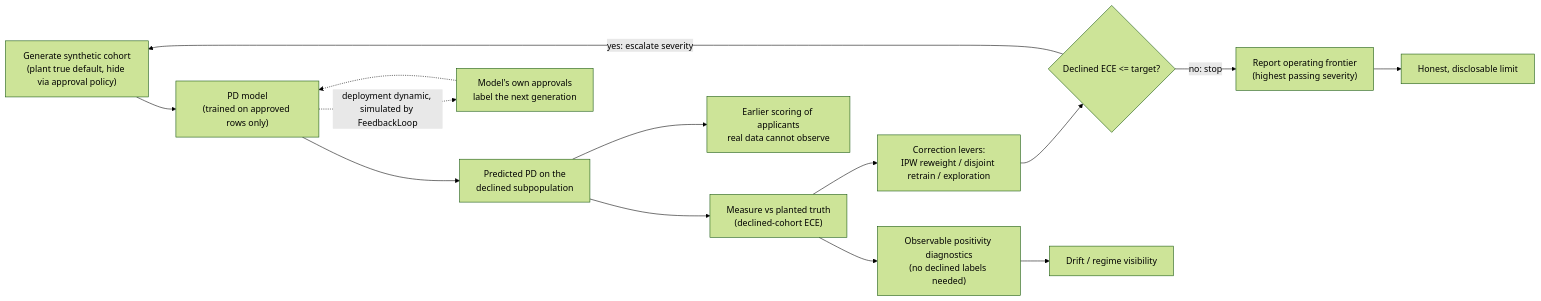
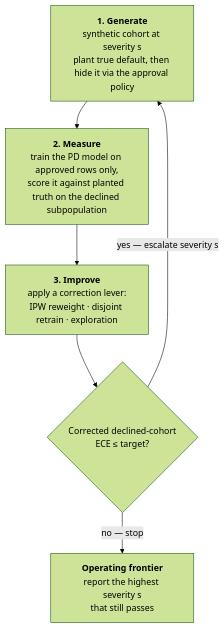
The first of 2 diagrams in README.md (hossainpazooki/closed-loop-default-detection), drawn with Mermaid (forest theme) before and after one commit. The commit also changed other lines of this file, not shown here.

Commit message:
docs: split mechanism diagram, add roadmap section

````diff
--- a/README.md
+++ b/README.md
@@ -44,19 +47,12 @@
 ```mermaid
-flowchart LR
-    A["Generate synthetic cohort<br/>(plant true default, hide via approval policy)"] --> B["PD model<br/>(trained on approved rows only)"]
-    B --> C["Predicted PD on the<br/>declined subpopulation"]
-    C --> D["Measure vs planted truth<br/>(declined-cohort ECE)"]
-    D --> E["Correction levers:<br/>IPW reweight / disjoint retrain / exploration"]
-    E --> F{"Declined ECE &lt;= target?"}
-    F -->|"yes: escalate severity"| A
-    F -->|"no: stop"| G["Report operating frontier<br/>(highest passing severity)"]
+flowchart TD
+    A["<b>1. Generate</b><br/>synthetic cohort at severity s<br/>plant true default, then hide it via the approval policy"]
+    B["<b>2. Measure</b><br/>train the PD model on approved rows only,<br/>score it against planted truth on the declined subpopulation"]
+    C["<b>3. Improve</b><br/>apply a correction lever:<br/>IPW reweight &middot; disjoint retrain &middot; exploration"]
+    D{"Corrected declined-cohort<br/>ECE &le; target?"}
+    E["<b>Operating frontier</b><br/>report the highest severity s<br/>that still passes"]
 
-    D --> M["Observable positivity diagnostics<br/>(no declined labels needed)"]
-
-    B -. "deployment dynamic, simulated by FeedbackLoop" .-> N["Model's own approvals<br/>label the next generation"]
-    N -.-> B
-
-    C --> I["Earlier scoring of applicants<br/>real data cannot observe"]
-    M --> K["Drift / regime visibility"]
-    G --> L["Honest, disclosable limit"]
+    A --> B --> C --> D
+    D -->|"yes &mdash; escalate severity s"| A
+    D -->|"no &mdash; stop"| E
 ```
````
